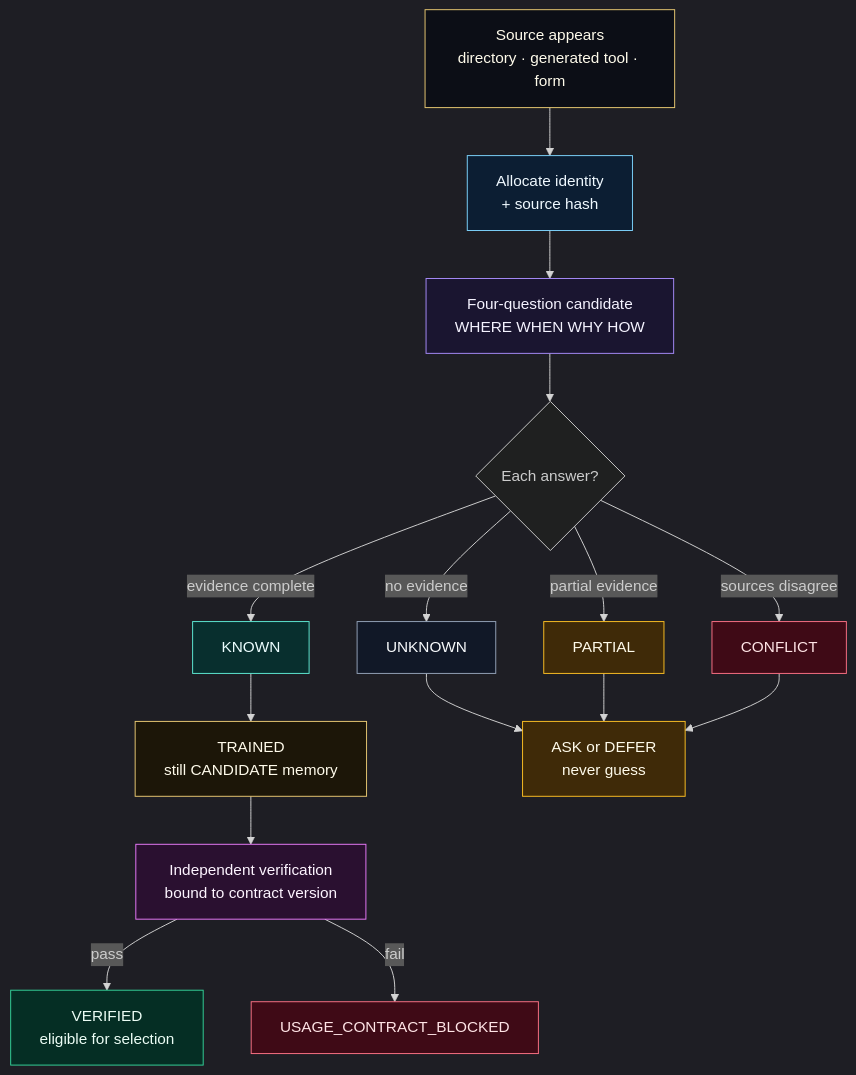
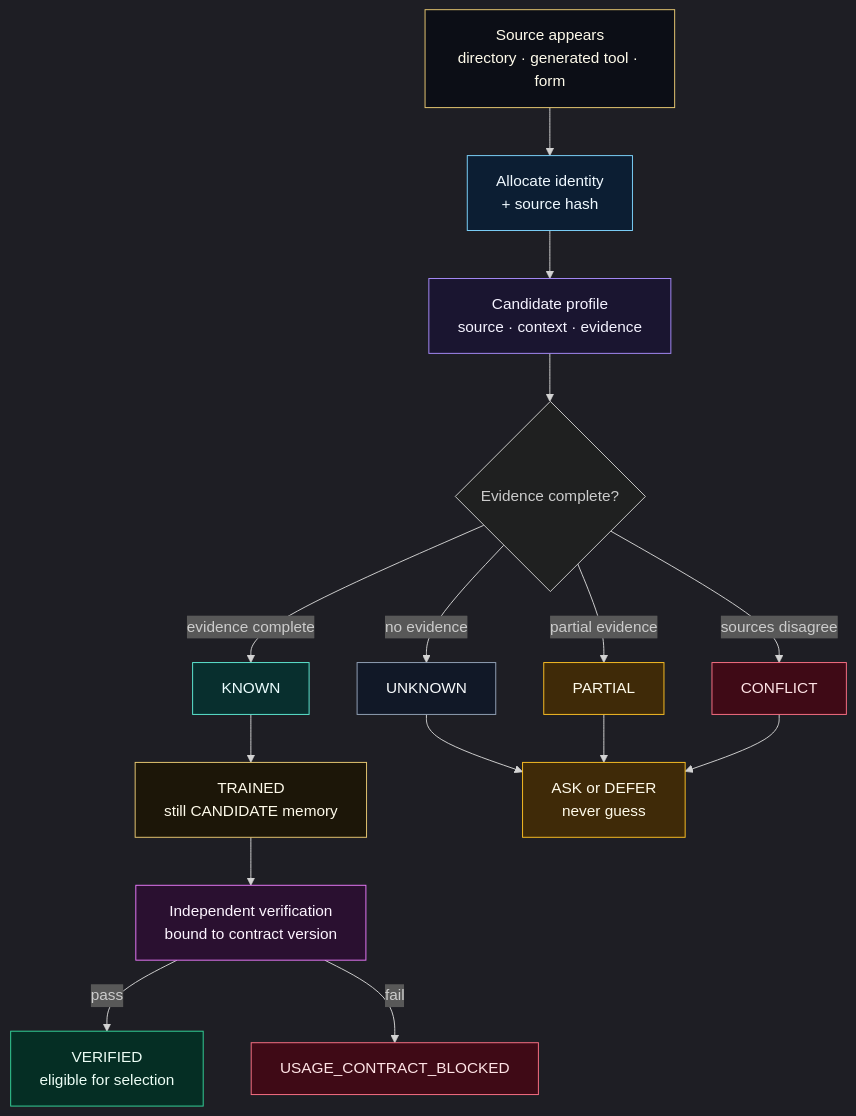
Before and after one commit to rafeez1819/SHERIN-ATLAS-ENGINE: the sixth of 7 diagrams in artifacts/sherin-atlas/README.md, drawn with Mermaid. The commit also changed other lines of this file and 3 other files, not shown here.

Commit message:
Remove four-question app section

````diff
--- a/artifacts/sherin-atlas/README.md
+++ b/artifacts/sherin-atlas/README.md
@@ -271,32 +244,32 @@
 ```mermaid
 %%{init: {'theme':'dark','themeVariables': {'fontFamily':'Inter, ui-sans-serif, system-ui'}}}%%
 flowchart TD
     SRC["Source appears<br/>directory · generated tool · form"] --> ID["Allocate identity<br/>+ source hash"]
-    ID --> CAND["Four-question candidate<br/>WHERE WHEN WHY HOW"]
-    CAND --> Q{"Each answer?"}
+    ID --> CAND["Candidate profile<br/>source · context · evidence"]
+    CAND --> Q{"Evidence complete?"}
     Q -->|no evidence| UNK["UNKNOWN"]
     Q -->|partial evidence| PART["PARTIAL"]
     Q -->|sources disagree| CONF["CONFLICT"]
     Q -->|evidence complete| KNOWN["KNOWN"]
     KNOWN --> TRAIN["TRAINED<br/>still CANDIDATE memory"]
     TRAIN --> IV["Independent verification<br/>bound to contract version"]
     IV -->|pass| VER["VERIFIED<br/>eligible for selection"]
     IV -->|fail| BLOCK["USAGE_CONTRACT_BLOCKED"]
 
     UNK --> ASK["ASK or DEFER<br/>never guess"]
     PART --> ASK
     CONF --> ASK
 
     style SRC fill:#0c0e16,stroke:#e8c872,color:#fffbeb
     style ID fill:#0c1e33,stroke:#7dd3fc,color:#f0f9ff
     style CAND fill:#1a1530,stroke:#a78bfa,color:#f5f3ff
     style UNK fill:#111827,stroke:#94a3b8,color:#f8fafc
     style PART fill:#3f2a08,stroke:#fbbf24,color:#fffbeb
     style CONF fill:#3f0a16,stroke:#fb7185,color:#ffe4e6
     style KNOWN fill:#082f2e,stroke:#5eead4,color:#ecfeff
     style TRAIN fill:#1c1608,stroke:#e8c872,color:#fffbeb
     style IV fill:#2a1030,stroke:#e879f9,color:#fdf4ff
     style VER fill:#052e24,stroke:#34d399,color:#ecfdf5
     style BLOCK fill:#3f0a16,stroke:#fb7185,color:#ffe4e6
     style ASK fill:#3f2a08,stroke:#fbbf24,color:#fffbeb
 ```
````
